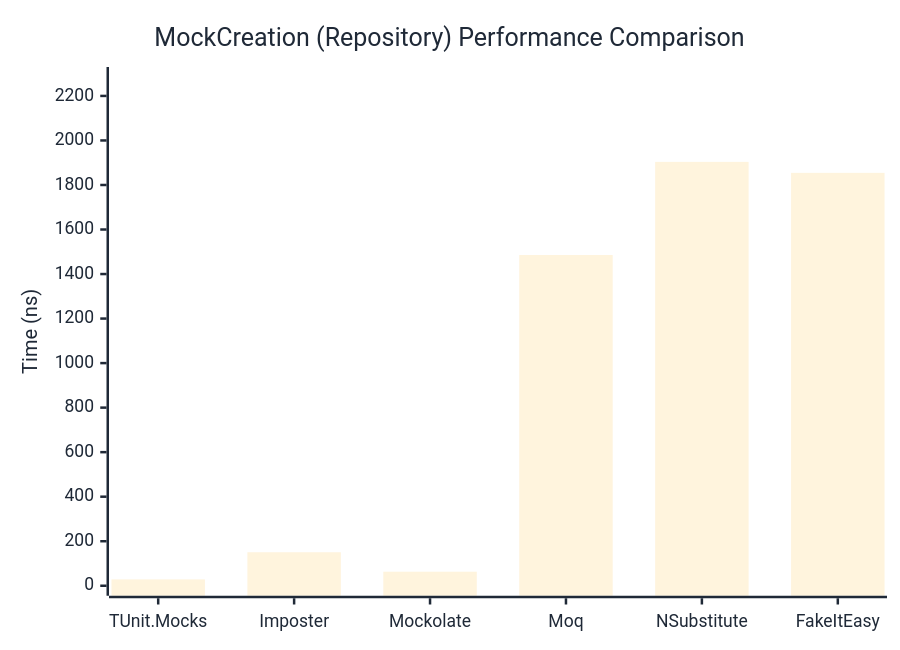
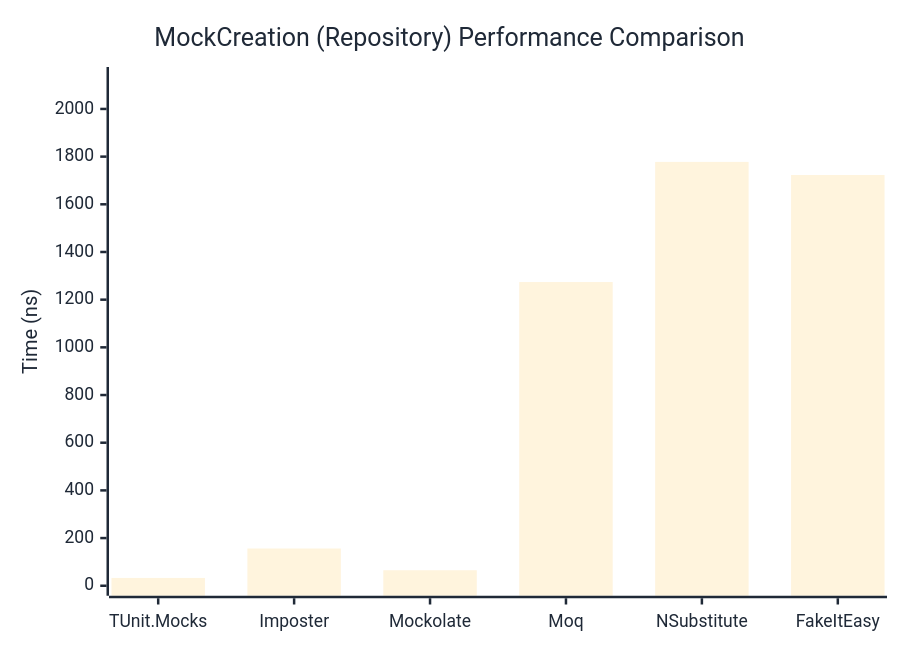
One commit to thomhurst/TUnit changed the second of 2 diagrams in docs/docs/benchmarks/mocks/MockCreation.md. Above: the diagram before and after it, drawn with Mermaid. The commit also changed other lines of this file and 14 other files, not shown here.

````diff
--- a/docs/docs/benchmarks/mocks/MockCreation.md
+++ b/docs/docs/benchmarks/mocks/MockCreation.md
@@ -71,27 +71,27 @@
 ```mermaid
 %%{init: {
   'theme':'base',
   'themeVariables': {
     'primaryColor': '#2563eb',
     'primaryTextColor': '#1f2937',
     'primaryBorderColor': '#1e40af',
     'lineColor': '#6b7280',
     'secondaryColor': '#7c3aed',
     'tertiaryColor': '#dc2626',
     'background': '#ffffff',
     'pie1': '#2563eb',
     'pie2': '#7c3aed',
     'pie3': '#dc2626',
     'pie4': '#f59e0b',
     'pie5': '#10b981',
     'pie6': '#06b6d4',
     'pie7': '#ec4899',
     'pie8': '#6366f1'
   }
 }}%%
 xychart-beta
   title "MockCreation (Repository) Performance Comparison"
   x-axis ["TUnit.Mocks", "Imposter", "Mockolate", "Moq", "NSubstitute", "FakeItEasy"]
-  y-axis "Time (ns)" 0 --> 2285
-  bar [28.57, 150.53, 63.1, 1485.43, 1903.83, 1854.52]
+  y-axis "Time (ns)" 0 --> 2134
+  bar [32.79, 156.24, 65.09, 1273.92, 1777.84, 1722.92]
 ```
````
